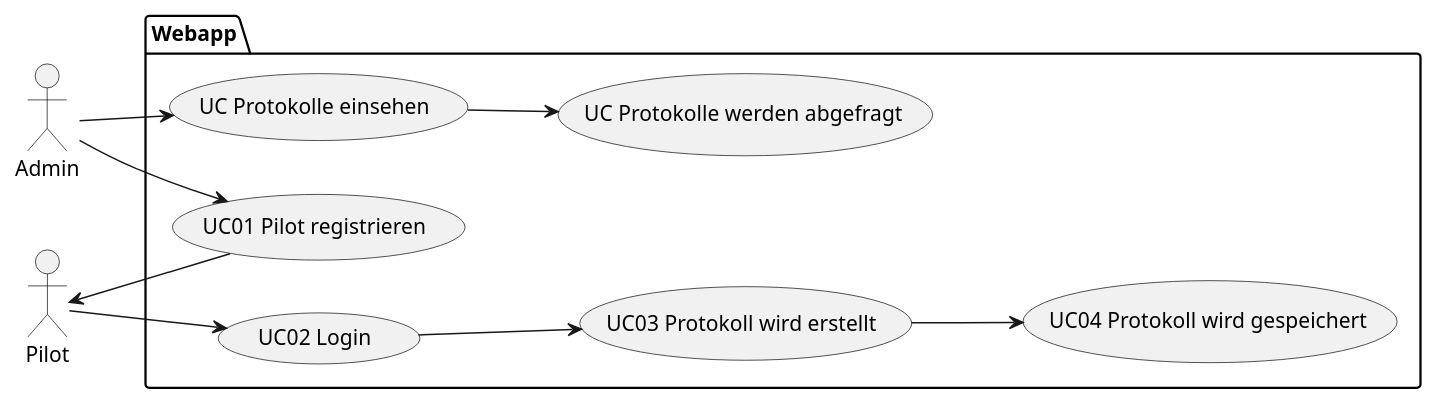
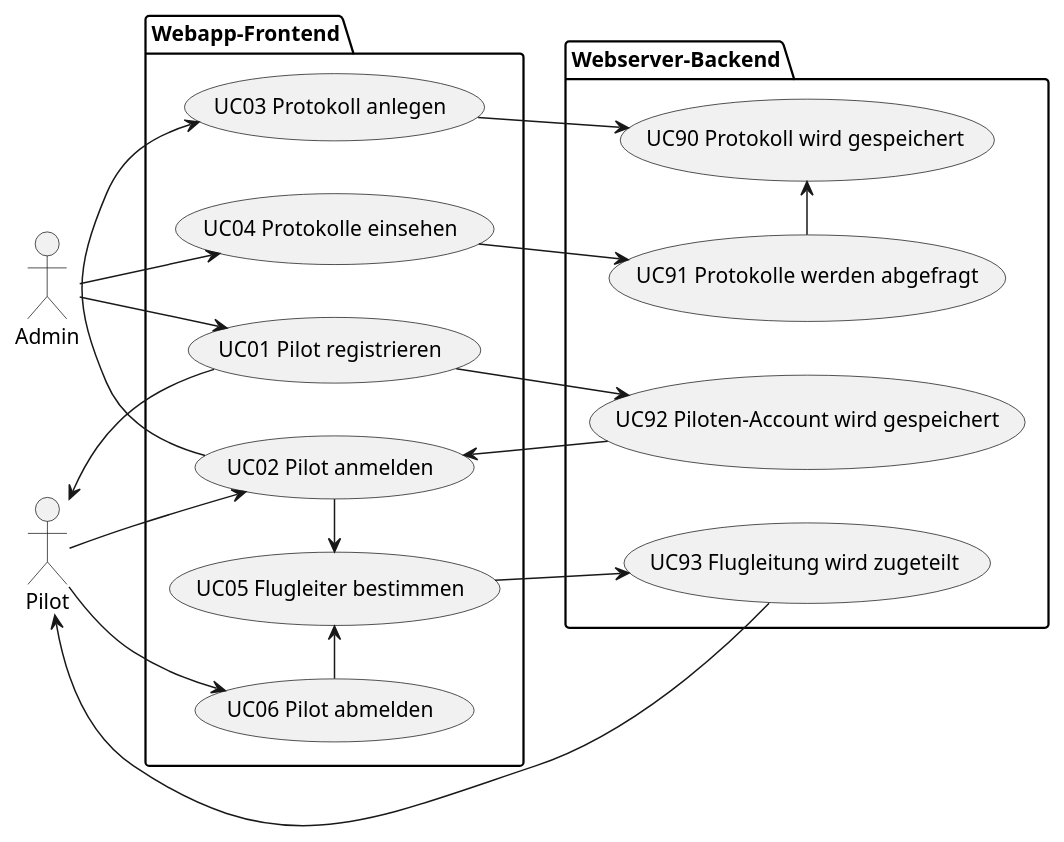
One commit to jakobkmar/E09-modellflug-logbuch changed the second of 2 diagrams in docs/requirements/use_case_01.inc.adoc. Above: the diagram before and after it, drawn with PlantUML. The commit also changed other lines of this file, not shown here.

Commit message:
uc01 updated, rest needs advice. full uc added.

```diff
--- a/docs/requirements/use_case_01.inc.adoc
+++ b/docs/requirements/use_case_01.inc.adoc
@@ -81,23 +95,38 @@
 [plantuml, "{diagramsdir}/gesamter Use-Case", svg]
 ....
 @startuml
 left to right direction
 "Admin" as ac01
 "Pilot" as ac02
-package Webapp {
+package Webapp-Frontend {
     "UC01 Pilot registrieren" as (uc01)
-    "UC02 Login" as (uc02) 
-    "UC03 Protokoll wird erstellt" as (uc03)
-    "UC04 Protokoll wird gespeichert" as (uc04)
-    "UC Protokolle einsehen" as (uc90)
-    "UC Protokolle werden abgefragt" as (uc91)
+    "UC02 Pilot anmelden" as (uc02) 
+    "UC03 Protokoll anlegen" as (uc03)
+    "UC04 Protokolle einsehen" as (uc04)
+    "UC05 Flugleiter bestimmen" as (uc05)
+    "UC06 Pilot abmelden" as (uc06)
 }
-ac01 --> uc01
-uc01 --> ac02
-ac02 --> uc02
-uc02 --> uc03
-uc03 --> uc04
-ac01 --> uc90
-uc90 --> uc91
+
+package Webserver-Backend {
+    "UC90 Protokoll wird gespeichert" as (uc90)
+    "UC91 Protokolle werden abgefragt" as (uc91)
+    "UC92 Piloten-Account wird gespeichert" as (uc92)
+    "UC93 Flugleitung wird zugeteilt" as (uc93)
+}
+ac01 -d-> uc01
+ac01 -d-> uc04
+ac02 -d-> uc02
+ac02 -d-> uc06
+uc01 -u-> ac02
+uc01 -d-> uc92
+uc02 -r-> uc03
+uc02 -l-> uc05
+uc03 -d-> uc90
+uc04 -d-> uc91
+uc05 -d-> uc93
+uc06 -r-> uc05
+uc91 -r-> uc90
+uc92 -u-> uc02
+uc93 -u-> ac02
 @enduml
 ....
```
